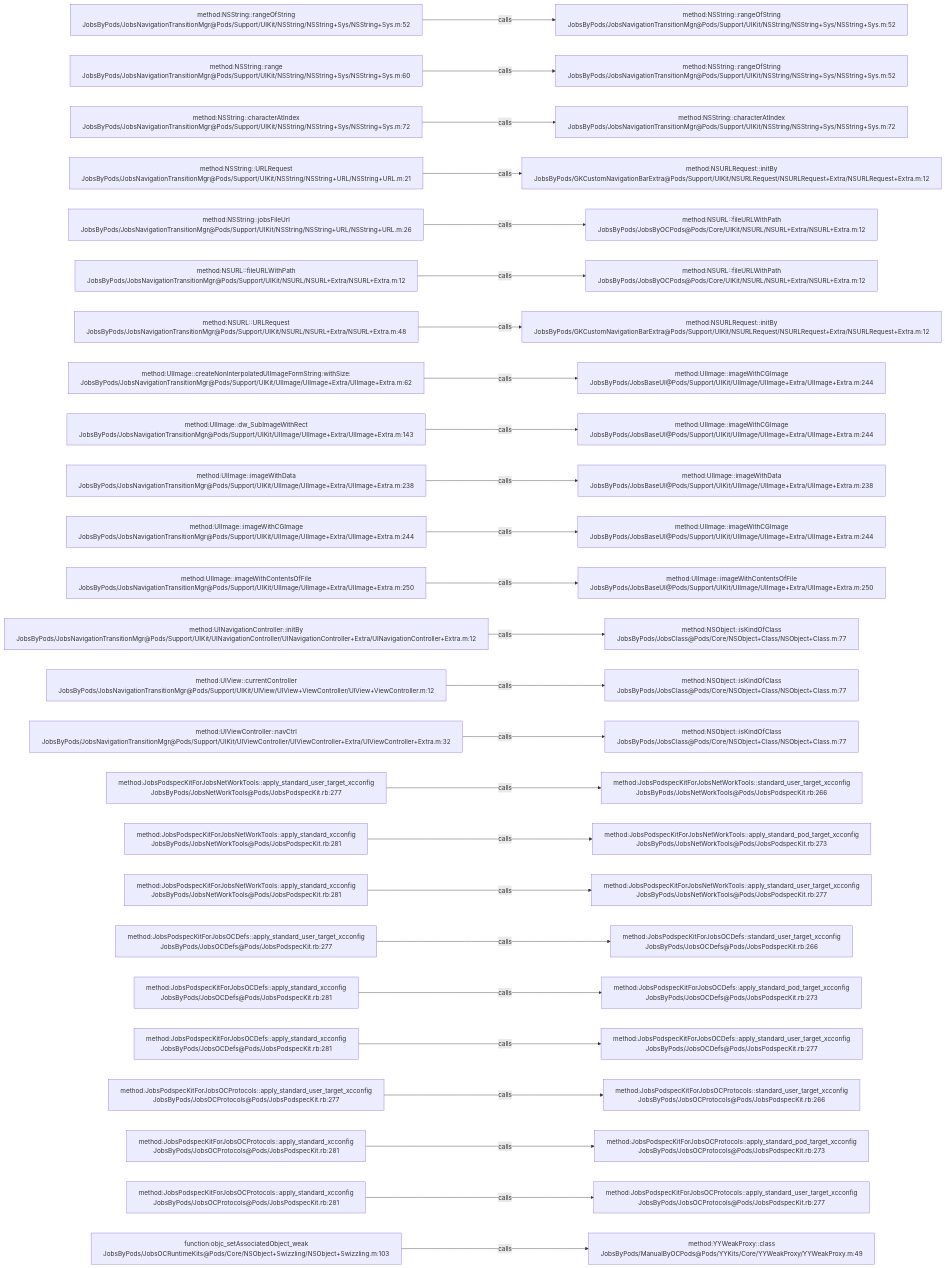
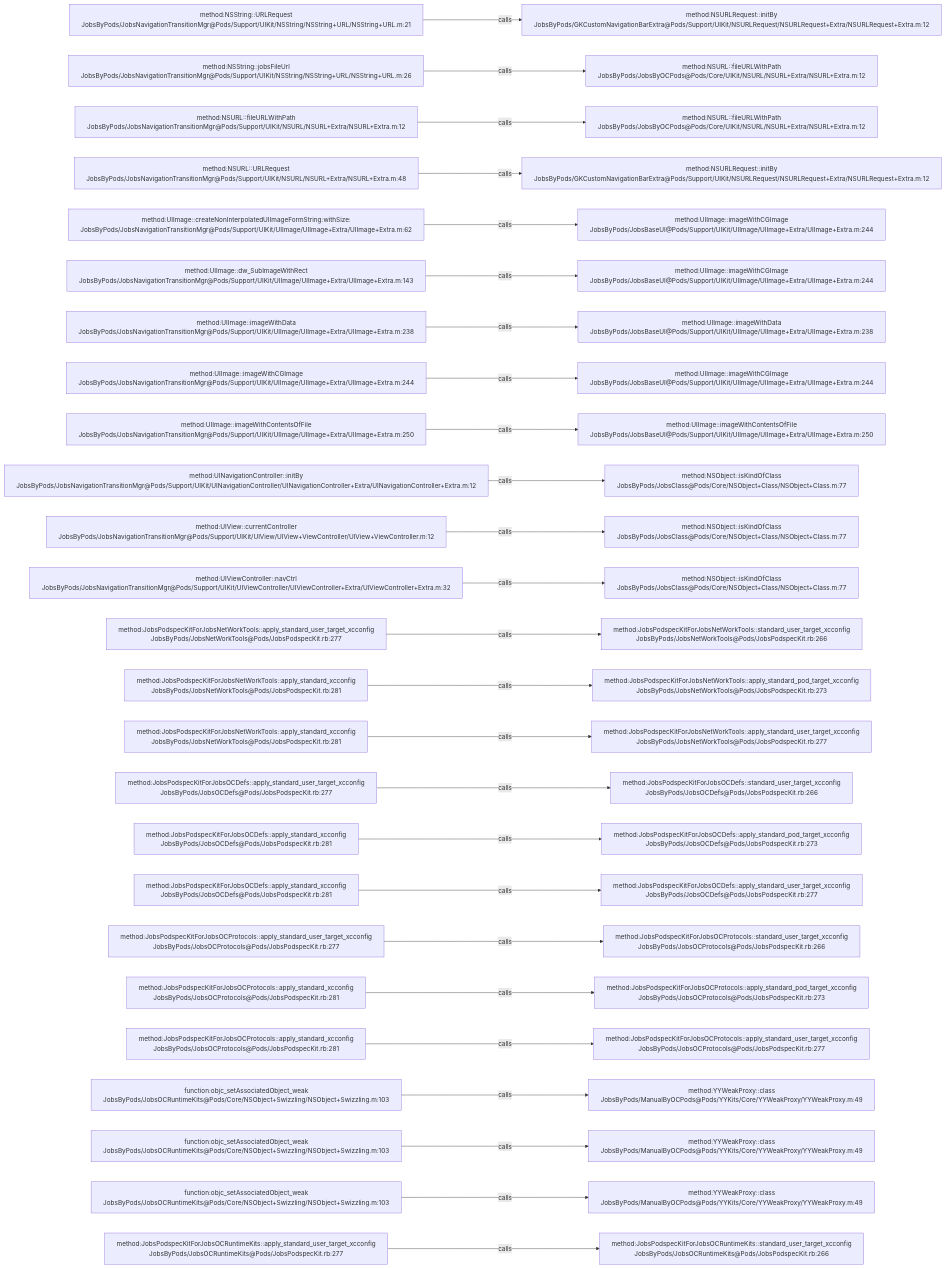
One commit to JobsKits/JobsOCBaseConfigDemo changed the diagram in .codegraph/codegraph.md/graphs/calls-011.md. Above: the diagram before and after it, drawn with Mermaid. The commit also changed 727 other files, not shown here.

````diff
--- a/.codegraph/codegraph.md/graphs/calls-011.md
+++ b/.codegraph/codegraph.md/graphs/calls-011.md
@@ -13,78 +13,78 @@
 ```mermaid
 flowchart LR
-  S1["method:NSString::rangeOfString<br/>JobsByPods/JobsNavigationTransitionMgr@Pods/Support/UIKit/NSString/NSString+Sys/NSString+Sys.m:52"]
-  T1["method:NSString::rangeOfString<br/>JobsByPods/JobsNavigationTransitionMgr@Pods/Support/UIKit/NSString/NSString+Sys/NSString+Sys.m:52"]
+  S1["method:NSString::URLRequest<br/>JobsByPods/JobsNavigationTransitionMgr@Pods/Support/UIKit/NSString/NSString+URL/NSString+URL.m:21"]
+  T1["method:NSURLRequest::initBy<br/>JobsByPods/GKCustomNavigationBarExtra@Pods/Support/UIKit/NSURLRequest/NSURLRequest+Extra/NSURLRequest+Extra.m:12"]
   S1 -->|calls| T1
-  S2["method:NSString::range<br/>JobsByPods/JobsNavigationTransitionMgr@Pods/Support/UIKit/NSString/NSString+Sys/NSString+Sys.m:60"]
-  T2["method:NSString::rangeOfString<br/>JobsByPods/JobsNavigationTransitionMgr@Pods/Support/UIKit/NSString/NSString+Sys/NSString+Sys.m:52"]
+  S2["method:NSString::jobsFileUrl<br/>JobsByPods/JobsNavigationTransitionMgr@Pods/Support/UIKit/NSString/NSString+URL/NSString+URL.m:26"]
+  T2["method:NSURL::fileURLWithPath<br/>JobsByPods/JobsByOCPods@Pods/Core/UIKit/NSURL/NSURL+Extra/NSURL+Extra.m:12"]
   S2 -->|calls| T2
-  S3["method:NSString::characterAtIndex<br/>JobsByPods/JobsNavigationTransitionMgr@Pods/Support/UIKit/NSString/NSString+Sys/NSString+Sys.m:72"]
-  T3["method:NSString::characterAtIndex<br/>JobsByPods/JobsNavigationTransitionMgr@Pods/Support/UIKit/NSString/NSString+Sys/NSString+Sys.m:72"]
+  S3["method:NSURL::fileURLWithPath<br/>JobsByPods/JobsNavigationTransitionMgr@Pods/Support/UIKit/NSURL/NSURL+Extra/NSURL+Extra.m:12"]
+  T3["method:NSURL::fileURLWithPath<br/>JobsByPods/JobsByOCPods@Pods/Core/UIKit/NSURL/NSURL+Extra/NSURL+Extra.m:12"]
   S3 -->|calls| T3
-  S4["method:NSString::URLRequest<br/>JobsByPods/JobsNavigationTransitionMgr@Pods/Support/UIKit/NSString/NSString+URL/NSString+URL.m:21"]
+  S4["method:NSURL::URLRequest<br/>JobsByPods/JobsNavigationTransitionMgr@Pods/Support/UIKit/NSURL/NSURL+Extra/NSURL+Extra.m:48"]
   T4["method:NSURLRequest::initBy<br/>JobsByPods/GKCustomNavigationBarExtra@Pods/Support/UIKit/NSURLRequest/NSURLRequest+Extra/NSURLRequest+Extra.m:12"]
   S4 -->|calls| T4
-  S5["method:NSString::jobsFileUrl<br/>JobsByPods/JobsNavigationTransitionMgr@Pods/Support/UIKit/NSString/NSString+URL/NSString+URL.m:26"]
-  T5["method:NSURL::fileURLWithPath<br/>JobsByPods/JobsByOCPods@Pods/Core/UIKit/NSURL/NSURL+Extra/NSURL+Extra.m:12"]
+  S5["method:UIImage::createNonInterpolatedUIImageFormString:withSize:<br/>JobsByPods/JobsNavigationTransitionMgr@Pods/Support/UIKit/UIImage/UIImage+Extra/UIImage+Extra.m:62"]
+  T5["method:UIImage::imageWithCGImage<br/>JobsByPods/JobsBaseUI@Pods/Support/UIKit/UIImage/UIImage+Extra/UIImage+Extra.m:244"]
   S5 -->|calls| T5
-  S6["method:NSURL::fileURLWithPath<br/>JobsByPods/JobsNavigationTransitionMgr@Pods/Support/UIKit/NSURL/NSURL+Extra/NSURL+Extra.m:12"]
-  T6["method:NSURL::fileURLWithPath<br/>JobsByPods/JobsByOCPods@Pods/Core/UIKit/NSURL/NSURL+Extra/NSURL+Extra.m:12"]
+  S6["method:UIImage::dw_SubImageWithRect<br/>JobsByPods/JobsNavigationTransitionMgr@Pods/Support/UIKit/UIImage/UIImage+Extra/UIImage+Extra.m:143"]
+  T6["method:UIImage::imageWithCGImage<br/>JobsByPods/JobsBaseUI@Pods/Support/UIKit/UIImage/UIImage+Extra/UIImage+Extra.m:244"]
   S6 -->|calls| T6
-  S7["method:NSURL::URLRequest<br/>JobsByPods/JobsNavigationTransitionMgr@Pods/Support/UIKit/NSURL/NSURL+Extra/NSURL+Extra.m:48"]
-  T7["method:NSURLRequest::initBy<br/>JobsByPods/GKCustomNavigationBarExtra@Pods/Support/UIKit/NSURLRequest/NSURLRequest+Extra/NSURLRequest+Extra.m:12"]
+  S7["method:UIImage::imageWithData<br/>JobsByPods/JobsNavigationTransitionMgr@Pods/Support/UIKit/UIImage/UIImage+Extra/UIImage+Extra.m:238"]
+  T7["method:UIImage::imageWithData<br/>JobsByPods/JobsBaseUI@Pods/Support/UIKit/UIImage/UIImage+Extra/UIImage+Extra.m:238"]
   S7 -->|calls| T7
-  S8["method:UIImage::createNonInterpolatedUIImageFormString:withSize:<br/>JobsByPods/JobsNavigationTransitionMgr@Pods/Support/UIKit/UIImage/UIImage+Extra/UIImage+Extra.m:62"]
+  S8["method:UIImage::imageWithCGImage<br/>JobsByPods/JobsNavigationTransitionMgr@Pods/Support/UIKit/UIImage/UIImage+Extra/UIImage+Extra.m:244"]
   T8["method:UIImage::imageWithCGImage<br/>JobsByPods/JobsBaseUI@Pods/Support/UIKit/UIImage/UIImage+Extra/UIImage+Extra.m:244"]
   S8 -->|calls| T8
-  S9["method:UIImage::dw_SubImageWithRect<br/>JobsByPods/JobsNavigationTransitionMgr@Pods/Support/UIKit/UIImage/UIImage+Extra/UIImage+Extra.m:143"]
-  T9["method:UIImage::imageWithCGImage<br/>JobsByPods/JobsBaseUI@Pods/Support/UIKit/UIImage/UIImage+Extra/UIImage+Extra.m:244"]
+  S9["method:UIImage::imageWithContentsOfFile<br/>JobsByPods/JobsNavigationTransitionMgr@Pods/Support/UIKit/UIImage/UIImage+Extra/UIImage+Extra.m:250"]
+  T9["method:UIImage::imageWithContentsOfFile<br/>JobsByPods/JobsBaseUI@Pods/Support/UIKit/UIImage/UIImage+Extra/UIImage+Extra.m:250"]
   S9 -->|calls| T9
-  S10["method:UIImage::imageWithData<br/>JobsByPods/JobsNavigationTransitionMgr@Pods/Support/UIKit/UIImage/UIImage+Extra/UIImage+Extra.m:238"]
-  T10["method:UIImage::imageWithData<br/>JobsByPods/JobsBaseUI@Pods/Support/UIKit/UIImage/UIImage+Extra/UIImage+Extra.m:238"]
+  S10["method:UINavigationController::initBy<br/>JobsByPods/JobsNavigationTransitionMgr@Pods/Support/UIKit/UINavigationController/UINavigationController+Extra/UINavigationController+Extra.m:12"]
+  T10["method:NSObject::isKindOfClass<br/>JobsByPods/JobsClass@Pods/Core/NSObject+Class/NSObject+Class.m:77"]
   S10 -->|calls| T10
-  S11["method:UIImage::imageWithCGImage<br/>JobsByPods/JobsNavigationTransitionMgr@Pods/Support/UIKit/UIImage/UIImage+Extra/UIImage+Extra.m:244"]
-  T11["method:UIImage::imageWithCGImage<br/>JobsByPods/JobsBaseUI@Pods/Support/UIKit/UIImage/UIImage+Extra/UIImage+Extra.m:244"]
+  S11["method:UIView::currentController<br/>JobsByPods/JobsNavigationTransitionMgr@Pods/Support/UIKit/UIView/UIView+ViewController/UIView+ViewController.m:12"]
+  T11["method:NSObject::isKindOfClass<br/>JobsByPods/JobsClass@Pods/Core/NSObject+Class/NSObject+Class.m:77"]
   S11 -->|calls| T11
-  S12["method:UIImage::imageWithContentsOfFile<br/>JobsByPods/JobsNavigationTransitionMgr@Pods/Support/UIKit/UIImage/UIImage+Extra/UIImage+Extra.m:250"]
-  T12["method:UIImage::imageWithContentsOfFile<br/>JobsByPods/JobsBaseUI@Pods/Support/UIKit/UIImage/UIImage+Extra/UIImage+Extra.m:250"]
+  S12["method:UIViewController::navCtrl<br/>JobsByPods/JobsNavigationTransitionMgr@Pods/Support/UIKit/UIViewController/UIViewController+Extra/UIViewController+Extra.m:32"]
+  T12["method:NSObject::isKindOfClass<br/>JobsByPods/JobsClass@Pods/Core/NSObject+Class/NSObject+Class.m:77"]
   S12 -->|calls| T12
-  S13["method:UINavigationController::initBy<br/>JobsByPods/JobsNavigationTransitionMgr@Pods/Support/UIKit/UINavigationController/UINavigationController+Extra/UINavigationController+Extra.m:12"]
-  T13["method:NSObject::isKindOfClass<br/>JobsByPods/JobsClass@Pods/Core/NSObject+Class/NSObject+Class.m:77"]
+  S13["method:JobsPodspecKitForJobsNetWorkTools::apply_standard_user_target_xcconfig<br/>JobsByPods/JobsNetWorkTools@Pods/JobsPodspecKit.rb:277"]
+  T13["method:JobsPodspecKitForJobsNetWorkTools::standard_user_target_xcconfig<br/>JobsByPods/JobsNetWorkTools@Pods/JobsPodspecKit.rb:266"]
   S13 -->|calls| T13
-  S14["method:UIView::currentController<br/>JobsByPods/JobsNavigationTransitionMgr@Pods/Support/UIKit/UIView/UIView+ViewController/UIView+ViewController.m:12"]
-  T14["method:NSObject::isKindOfClass<br/>JobsByPods/JobsClass@Pods/Core/NSObject+Class/NSObject+Class.m:77"]
+  S14["method:JobsPodspecKitForJobsNetWorkTools::apply_standard_xcconfig<br/>JobsByPods/JobsNetWorkTools@Pods/JobsPodspecKit.rb:281"]
+  T14["method:JobsPodspecKitForJobsNetWorkTools::apply_standard_pod_target_xcconfig<br/>JobsByPods/JobsNetWorkTools@Pods/JobsPodspecKit.rb:273"]
   S14 -->|calls| T14
-  S15["method:UIViewController::navCtrl<br/>JobsByPods/JobsNavigationTransitionMgr@Pods/Support/UIKit/UIViewController/UIViewController+Extra/UIViewController+Extra.m:32"]
-  T15["method:NSObject::isKindOfClass<br/>JobsByPods/JobsClass@Pods/Core/NSObject+Class/NSObject+Class.m:77"]
+  S15["method:JobsPodspecKitForJobsNetWorkTools::apply_standard_xcconfig<br/>JobsByPods/JobsNetWorkTools@Pods/JobsPodspecKit.rb:281"]
+  T15["method:JobsPodspecKitForJobsNetWorkTools::apply_standard_user_target_xcconfig<br/>JobsByPods/JobsNetWorkTools@Pods/JobsPodspecKit.rb:277"]
   S15 -->|calls| T15
-  S16["method:JobsPodspecKitForJobsNetWorkTools::apply_standard_user_target_xcconfig<br/>JobsByPods/JobsNetWorkTools@Pods/JobsPodspecKit.rb:277"]
-  T16["method:JobsPodspecKitForJobsNetWorkTools::standard_user_target_xcconfig<br/>JobsByPods/JobsNetWorkTools@Pods/JobsPodspecKit.rb:266"]
+  S16["method:JobsPodspecKitForJobsOCDefs::apply_standard_user_target_xcconfig<br/>JobsByPods/JobsOCDefs@Pods/JobsPodspecKit.rb:277"]
+  T16["method:JobsPodspecKitForJobsOCDefs::standard_user_target_xcconfig<br/>JobsByPods/JobsOCDefs@Pods/JobsPodspecKit.rb:266"]
   S16 -->|calls| T16
-  S17["method:JobsPodspecKitForJobsNetWorkTools::apply_standard_xcconfig<br/>JobsByPods/JobsNetWorkTools@Pods/JobsPodspecKit.rb:281"]
-  T17["method:JobsPodspecKitForJobsNetWorkTools::apply_standard_pod_target_xcconfig<br/>JobsByPods/JobsNetWorkTools@Pods/JobsPodspecKit.rb:273"]
+  S17["method:JobsPodspecKitForJobsOCDefs::apply_standard_xcconfig<br/>JobsByPods/JobsOCDefs@Pods/JobsPodspecKit.rb:281"]
+  T17["method:JobsPodspecKitForJobsOCDefs::apply_standard_pod_target_xcconfig<br/>JobsByPods/JobsOCDefs@Pods/JobsPodspecKit.rb:273"]
   S17 -->|calls| T17
-  S18["method:JobsPodspecKitForJobsNetWorkTools::apply_standard_xcconfig<br/>JobsByPods/JobsNetWorkTools@Pods/JobsPodspecKit.rb:281"]
-  T18["method:JobsPodspecKitForJobsNetWorkTools::apply_standard_user_target_xcconfig<br/>JobsByPods/JobsNetWorkTools@Pods/JobsPodspecKit.rb:277"]
+  S18["method:JobsPodspecKitForJobsOCDefs::apply_standard_xcconfig<br/>JobsByPods/JobsOCDefs@Pods/JobsPodspecKit.rb:281"]
+  T18["method:JobsPodspecKitForJobsOCDefs::apply_standard_user_target_xcconfig<br/>JobsByPods/JobsOCDefs@Pods/JobsPodspecKit.rb:277"]
   S18 -->|calls| T18
-  S19["method:JobsPodspecKitForJobsOCDefs::apply_standard_user_target_xcconfig<br/>JobsByPods/JobsOCDefs@Pods/JobsPodspecKit.rb:277"]
-  T19["method:JobsPodspecKitForJobsOCDefs::standard_user_target_xcconfig<br/>JobsByPods/JobsOCDefs@Pods/JobsPodspecKit.rb:266"]
+  S19["method:JobsPodspecKitForJobsOCProtocols::apply_standard_user_target_xcconfig<br/>JobsByPods/JobsOCProtocols@Pods/JobsPodspecKit.rb:277"]
+  T19["method:JobsPodspecKitForJobsOCProtocols::standard_user_target_xcconfig<br/>JobsByPods/JobsOCProtocols@Pods/JobsPodspecKit.rb:266"]
   S19 -->|calls| T19
-  S20["method:JobsPodspecKitForJobsOCDefs::apply_standard_xcconfig<br/>JobsByPods/JobsOCDefs@Pods/JobsPodspecKit.rb:281"]
-  T20["method:JobsPodspecKitForJobsOCDefs::apply_standard_pod_target_xcconfig<br/>JobsByPods/JobsOCDefs@Pods/JobsPodspecKit.rb:273"]
+  S20["method:JobsPodspecKitForJobsOCProtocols::apply_standard_xcconfig<br/>JobsByPods/JobsOCProtocols@Pods/JobsPodspecKit.rb:281"]
+  T20["method:JobsPodspecKitForJobsOCProtocols::apply_standard_pod_target_xcconfig<br/>JobsByPods/JobsOCProtocols@Pods/JobsPodspecKit.rb:273"]
   S20 -->|calls| T20
-  S21["method:JobsPodspecKitForJobsOCDefs::apply_standard_xcconfig<br/>JobsByPods/JobsOCDefs@Pods/JobsPodspecKit.rb:281"]
-  T21["method:JobsPodspecKitForJobsOCDefs::apply_standard_user_target_xcconfig<br/>JobsByPods/JobsOCDefs@Pods/JobsPodspecKit.rb:277"]
+  S21["method:JobsPodspecKitForJobsOCProtocols::apply_standard_xcconfig<br/>JobsByPods/JobsOCProtocols@Pods/JobsPodspecKit.rb:281"]
+  T21["method:JobsPodspecKitForJobsOCProtocols::apply_standard_user_target_xcconfig<br/>JobsByPods/JobsOCProtocols@Pods/JobsPodspecKit.rb:277"]
   S21 -->|calls| T21
-  S22["method:JobsPodspecKitForJobsOCProtocols::apply_standard_user_target_xcconfig<br/>JobsByPods/JobsOCProtocols@Pods/JobsPodspecKit.rb:277"]
-  T22["method:JobsPodspecKitForJobsOCProtocols::standard_user_target_xcconfig<br/>JobsByPods/JobsOCProtocols@Pods/JobsPodspecKit.rb:266"]
+  S22["function:objc_setAssociatedObject_weak<br/>JobsByPods/JobsOCRuntimeKits@Pods/Core/NSObject+Swizzling/NSObject+Swizzling.m:103"]
+  T22["method:YYWeakProxy::class<br/>JobsByPods/ManualByOCPods@Pods/YYKits/Core/YYWeakProxy/YYWeakProxy.m:49"]
   S22 -->|calls| T22
-  S23["method:JobsPodspecKitForJobsOCProtocols::apply_standard_xcconfig<br/>JobsByPods/JobsOCProtocols@Pods/JobsPodspecKit.rb:281"]
-  T23["method:JobsPodspecKitForJobsOCProtocols::apply_standard_pod_target_xcconfig<br/>JobsByPods/JobsOCProtocols@Pods/JobsPodspecKit.rb:273"]
+  S23["function:objc_setAssociatedObject_weak<br/>JobsByPods/JobsOCRuntimeKits@Pods/Core/NSObject+Swizzling/NSObject+Swizzling.m:103"]
+  T23["method:YYWeakProxy::class<br/>JobsByPods/ManualByOCPods@Pods/YYKits/Core/YYWeakProxy/YYWeakProxy.m:49"]
   S23 -->|calls| T23
-  S24["method:JobsPodspecKitForJobsOCProtocols::apply_standard_xcconfig<br/>JobsByPods/JobsOCProtocols@Pods/JobsPodspecKit.rb:281"]
-  T24["method:JobsPodspecKitForJobsOCProtocols::apply_standard_user_target_xcconfig<br/>JobsByPods/JobsOCProtocols@Pods/JobsPodspecKit.rb:277"]
+  S24["function:objc_setAssociatedObject_weak<br/>JobsByPods/JobsOCRuntimeKits@Pods/Core/NSObject+Swizzling/NSObject+Swizzling.m:103"]
+  T24["method:YYWeakProxy::class<br/>JobsByPods/ManualByOCPods@Pods/YYKits/Core/YYWeakProxy/YYWeakProxy.m:49"]
   S24 -->|calls| T24
-  S25["function:objc_setAssociatedObject_weak<br/>JobsByPods/JobsOCRuntimeKits@Pods/Core/NSObject+Swizzling/NSObject+Swizzling.m:103"]
-  T25["method:YYWeakProxy::class<br/>JobsByPods/ManualByOCPods@Pods/YYKits/Core/YYWeakProxy/YYWeakProxy.m:49"]
+  S25["method:JobsPodspecKitForJobsOCRuntimeKits::apply_standard_user_target_xcconfig<br/>JobsByPods/JobsOCRuntimeKits@Pods/JobsPodspecKit.rb:277"]
+  T25["method:JobsPodspecKitForJobsOCRuntimeKits::standard_user_target_xcconfig<br/>JobsByPods/JobsOCRuntimeKits@Pods/JobsPodspecKit.rb:266"]
   S25 -->|calls| T25
 ```
````
